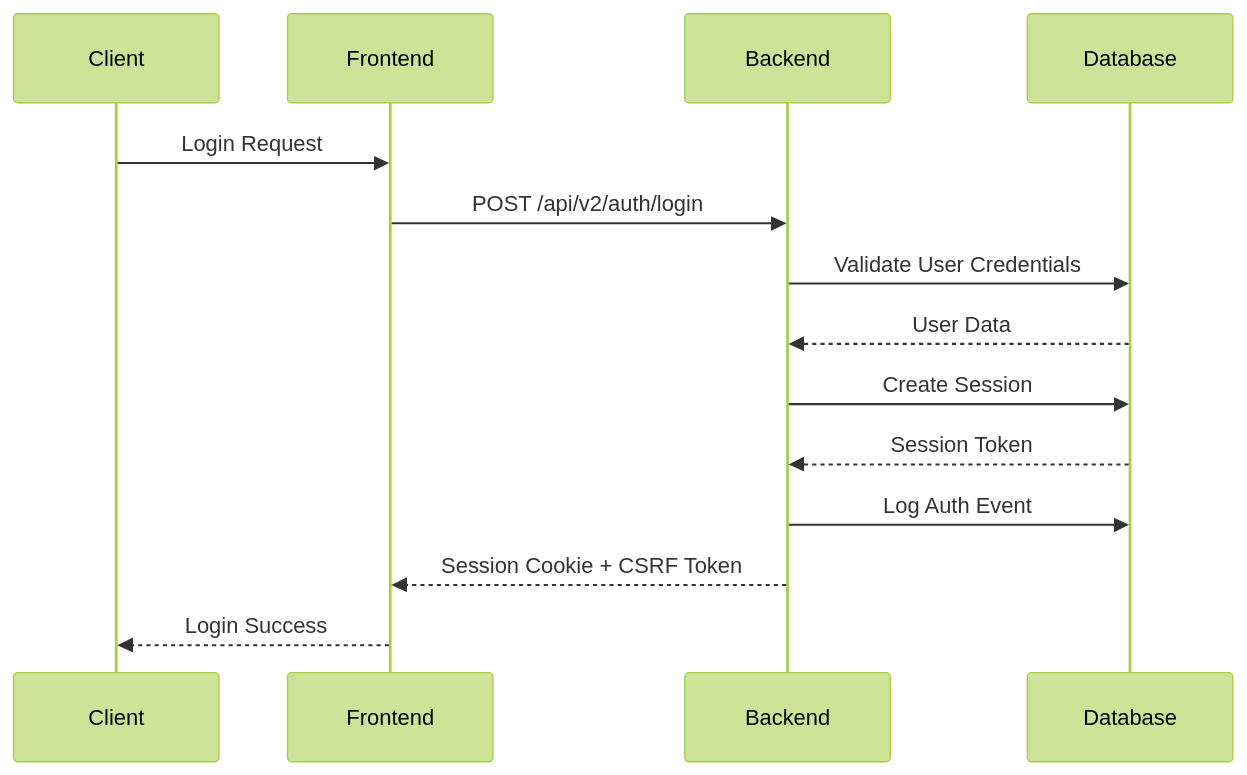
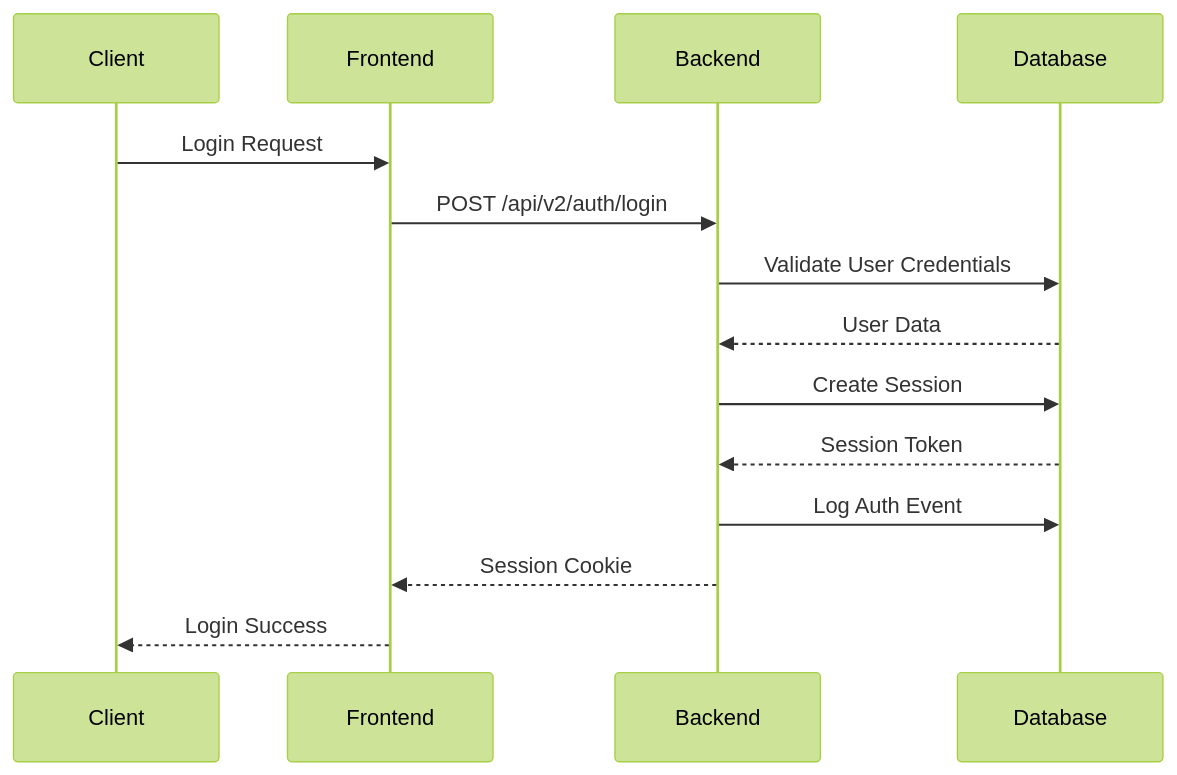
The second of 8 diagrams in docs/SYSTEM_ARCHITECTURE_DOCUMENTATION.md (fntelecomllc/studio), drawn with Mermaid (forest theme) before and after one commit. The commit also changed other lines of this file and 29 other files, not shown here.

````diff
--- a/docs/SYSTEM_ARCHITECTURE_DOCUMENTATION.md
+++ b/docs/SYSTEM_ARCHITECTURE_DOCUMENTATION.md
@@ -329,17 +326,17 @@
 ```mermaid
 sequenceDiagram
     participant C as Client
     participant F as Frontend
     participant B as Backend
     participant D as Database
     
     C->>F: Login Request
     F->>B: POST /api/v2/auth/login
     B->>D: Validate User Credentials
     D-->>B: User Data
     B->>D: Create Session
     D-->>B: Session Token
     B->>D: Log Auth Event
-    B-->>F: Session Cookie + CSRF Token
+    B-->>F: Session Cookie
     F-->>C: Login Success
 ```
````
